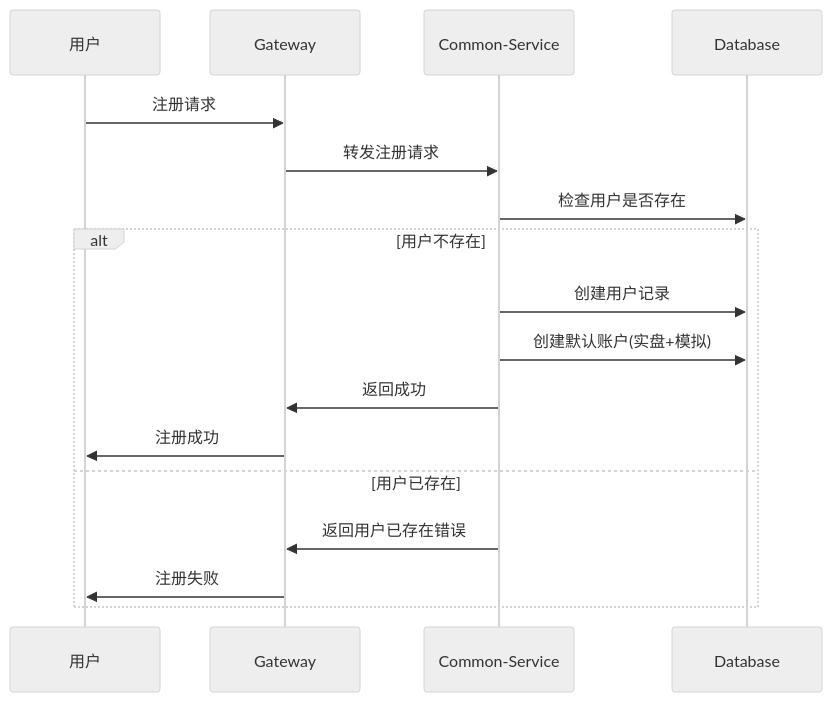
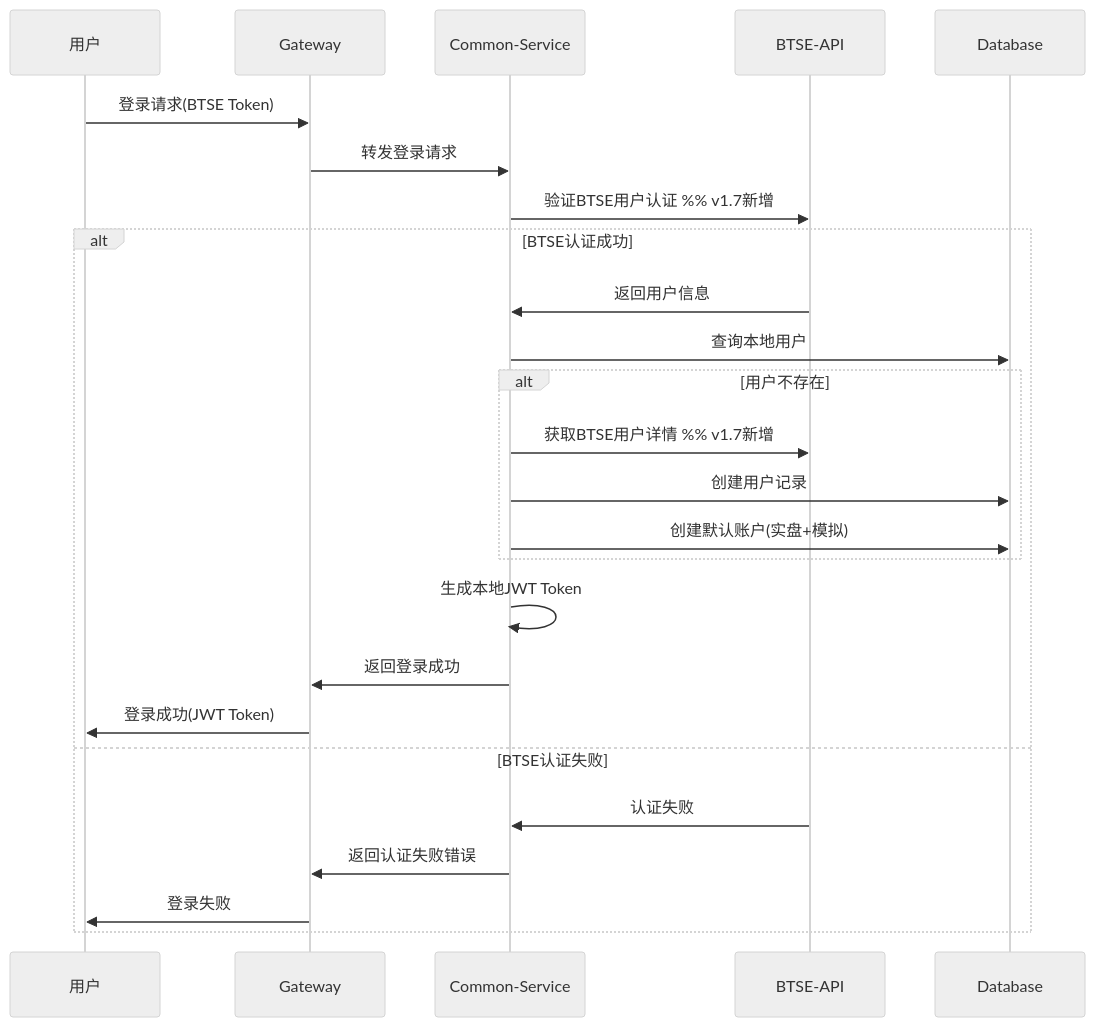
One commit to barry428/BinaryOptionDocs changed the second of 7 diagrams in 2. 设计类/207_详细设计文档.md. Above: the diagram before and after it, drawn with Mermaid (neutral theme). The commit also changed other lines of this file and 8 other files, not shown here.

````diff
--- a/2. 设计类/207_详细设计文档.md
+++ b/2. 设计类/207_详细设计文档.md
@@ -911,20 +974,28 @@
 ```mermaid
 sequenceDiagram
     participant U as 用户
     participant G as Gateway
     participant C as Common-Service
+    participant B as BTSE-API
     participant DB as Database
 
-    U->>G: 注册请求
-    G->>C: 转发注册请求
-    C->>DB: 检查用户是否存在
-    alt 用户不存在
-        C->>DB: 创建用户记录
-        C->>DB: 创建默认账户(实盘+模拟)
-        C->>G: 返回成功
-        G->>U: 注册成功
-    else 用户已存在
-        C->>G: 返回用户已存在错误
-        G->>U: 注册失败
+    U->>G: 登录请求(BTSE Token)
+    G->>C: 转发登录请求
+    C->>B: 验证BTSE用户认证  %% v1.7新增
+    alt BTSE认证成功
+        B->>C: 返回用户信息
+        C->>DB: 查询本地用户
+        alt 用户不存在
+            C->>B: 获取BTSE用户详情  %% v1.7新增
+            C->>DB: 创建用户记录
+            C->>DB: 创建默认账户(实盘+模拟)
+        end
+        C->>C: 生成本地JWT Token
+        C->>G: 返回登录成功
+        G->>U: 登录成功(JWT Token)
+    else BTSE认证失败
+        B->>C: 认证失败
+        C->>G: 返回认证失败错误
+        G->>U: 登录失败
     end
 ```
````
